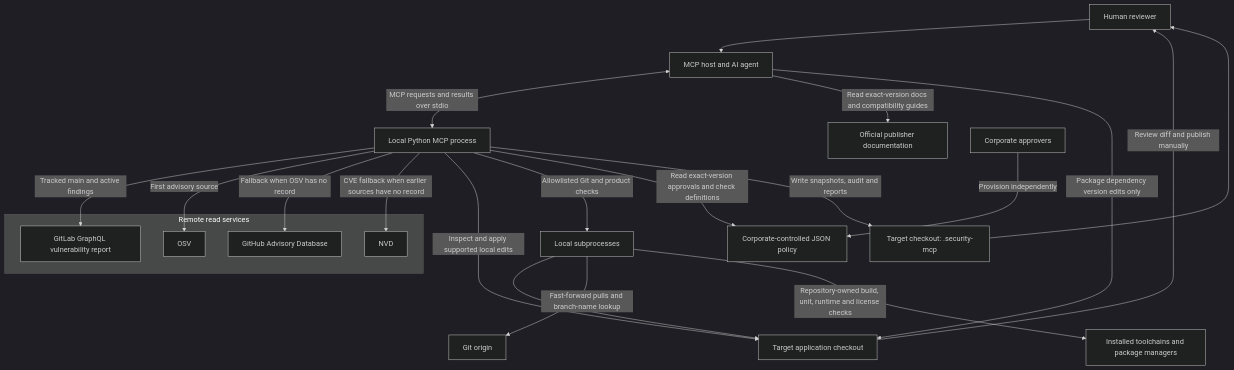
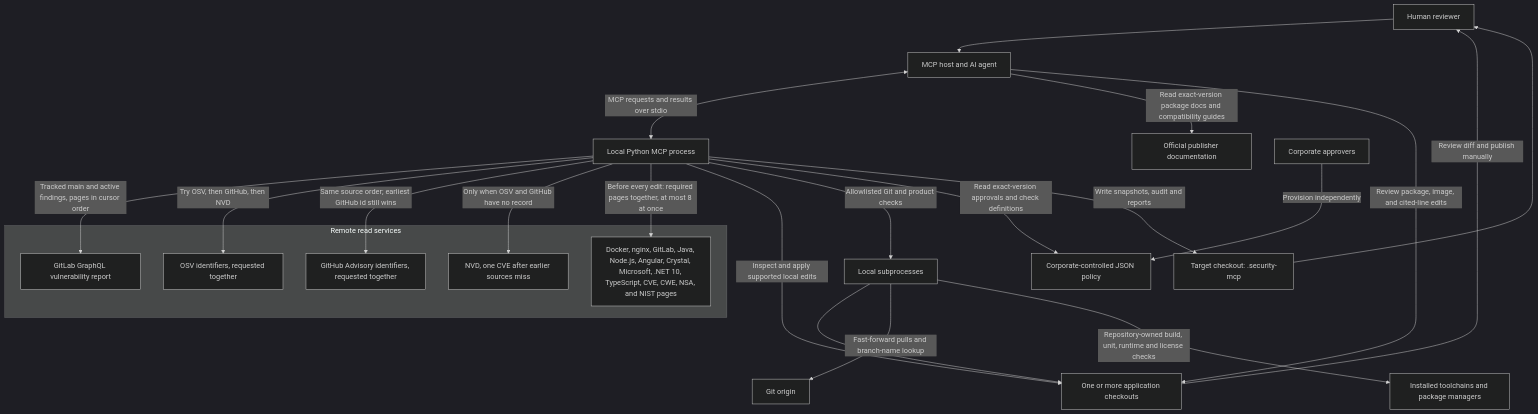
One commit to jprejsnar/security-mcp-fixer changed the first of 4 diagrams in README.md. Above: the diagram before and after it, drawn with Mermaid (dark theme). The commit also changed other lines of this file, not shown here.

First line of the commit message:
Update README.md to clarify MCP functionality and advisory handling

````diff
--- a/README.md
+++ b/README.md
@@ -44,29 +49,31 @@
 ```mermaid
 flowchart TB
   reviewer["Human reviewer"] --> host["MCP host and AI agent"]
   host <-->|"MCP requests and results over stdio"| server["Local Python MCP process"]
-  host -->|"Read exact-version docs and compatibility guides"| publisher["Official publisher documentation"]
-  host -->|"Package dependency version edits only"| checkout["Target application checkout"]
+  host -->|"Read exact-version package docs and compatibility guides"| publisher["Official publisher documentation"]
+  host -->|"Review package, image, and cited-line edits"| checkout["One or more application checkouts"]
 
   subgraph remoteServices["Remote read services"]
     gitlab["GitLab GraphQL vulnerability report"]
-    osv["OSV"]
-    github["GitHub Advisory Database"]
-    nvd["NVD"]
+    osv["OSV identifiers, requested together"]
+    github["GitHub Advisory identifiers, requested together"]
+    nvd["NVD, one CVE after earlier sources miss"]
+    publisherPages["Docker, nginx, GitLab, Java, Node.js, Angular, Crystal, Microsoft, .NET 10, TypeScript, CVE, CWE, NSA, and NIST pages"]
   end
 
-  server -->|"Tracked main and active findings"| gitlab
-  server -->|"First advisory source"| osv
-  server -->|"Fallback when OSV has no record"| github
-  server -->|"CVE fallback when earlier sources have no record"| nvd
+  server -->|"Tracked main and active findings, pages in cursor order"| gitlab
+  server -->|"Try OSV, then GitHub, then NVD"| osv
+  server -->|"Same source order; earliest GitHub id still wins"| github
+  server -->|"Only when OSV and GitHub have no record"| nvd
+  server -->|"Before every edit: required pages together, at most 8 at once"| publisherPages
   server -->|"Inspect and apply supported local edits"| checkout
   server -->|"Allowlisted Git and product checks"| commands["Local subprocesses"]
   commands --> checkout
   commands -->|"Fast-forward pulls and branch-name lookup"| origin["Git origin"]
   commands -->|"Repository-owned build, unit, runtime and license checks"| product["Installed toolchains and package managers"]
   server -->|"Read exact-version approvals and check definitions"| policy["Corporate-controlled JSON policy"]
   approver["Corporate approvers"] -->|"Provision independently"| policy
   server -->|"Write snapshots, audit and reports"| artifacts["Target checkout: .security-mcp"]
   artifacts --> reviewer
   checkout -->|"Review diff and publish manually"| reviewer
 ```
````
